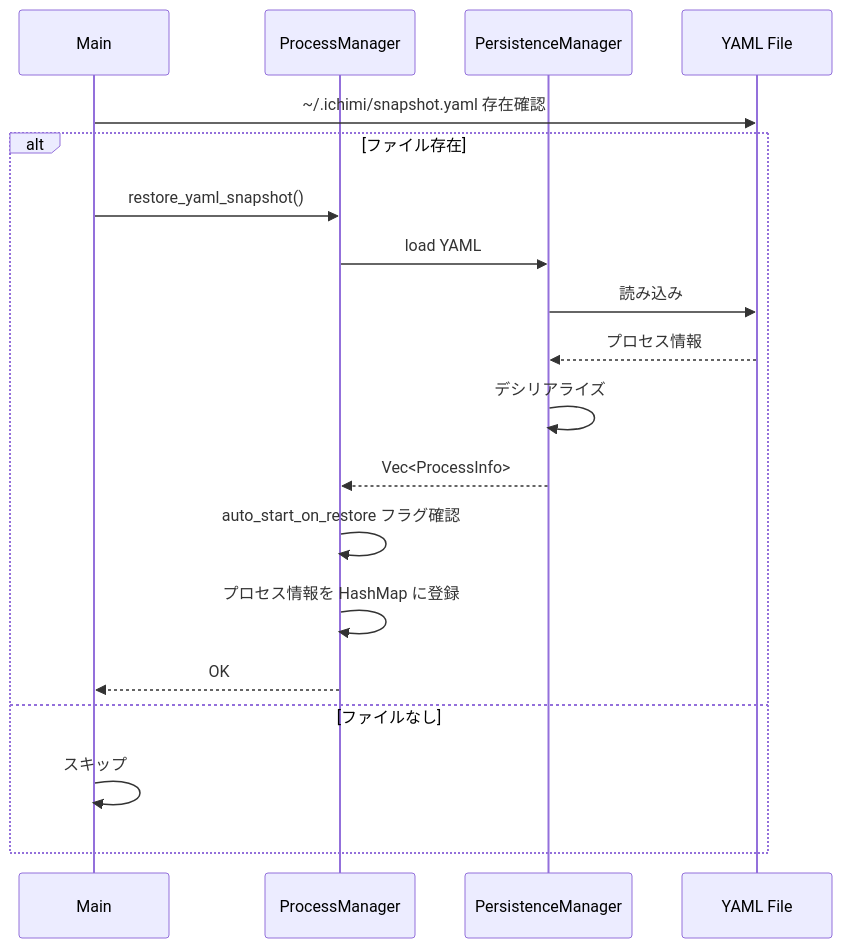
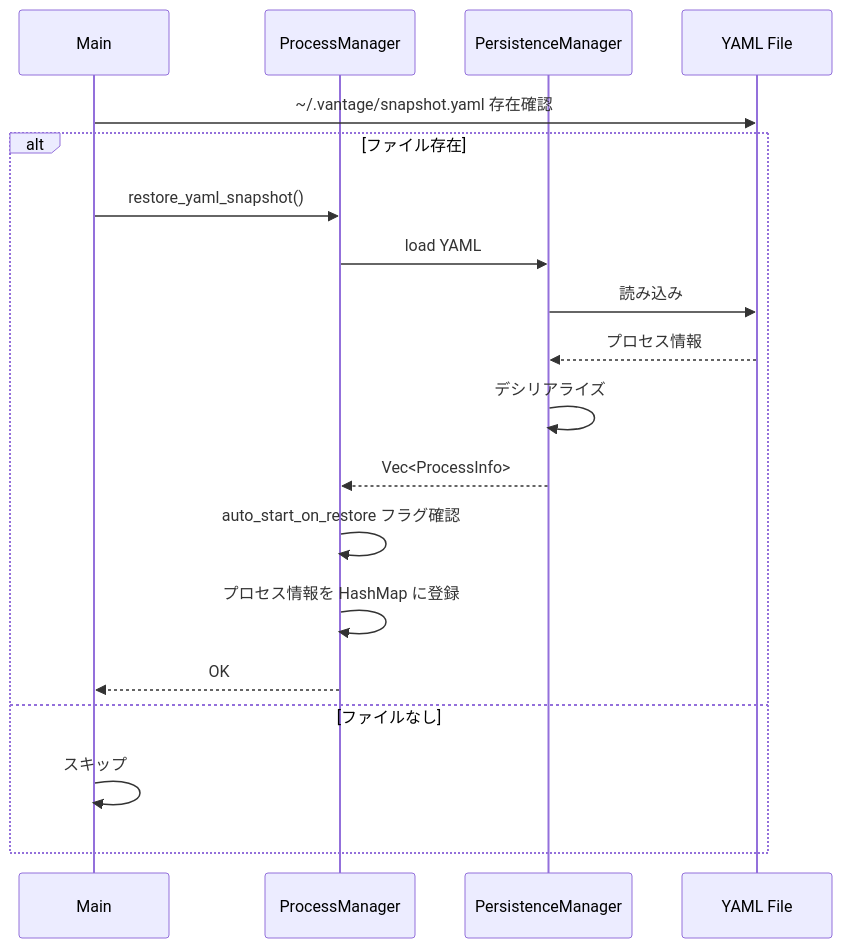
The third of 13 diagrams in docs/server-flows.md (chronista-club/vantage-mcp), drawn with Mermaid before and after one commit. The commit also changed other lines of this file and 122 other files, not shown here.

First line of the commit message:
refactor: Rename project from Ichimi to Vantage MCP (#18)

````diff
--- a/docs/server-flows.md
+++ b/docs/server-flows.md
@@ -116,22 +116,22 @@
 ```mermaid
 sequenceDiagram
     participant Main
     participant PM as ProcessManager
     participant Persist as PersistenceManager
     participant YAML as YAML File
 
-    Main->>YAML: ~/.ichimi/snapshot.yaml 存在確認
+    Main->>YAML: ~/.vantage/snapshot.yaml 存在確認
     alt ファイル存在
         Main->>PM: restore_yaml_snapshot()
         PM->>Persist: load YAML
         Persist->>YAML: 読み込み
         YAML-->>Persist: プロセス情報
         Persist->>Persist: デシリアライズ
         Persist-->>PM: Vec<ProcessInfo>
         PM->>PM: auto_start_on_restore フラグ確認
         PM->>PM: プロセス情報を HashMap に登録
         PM-->>Main: OK
     else ファイルなし
         Main->>Main: スキップ
     end
 ```
````
